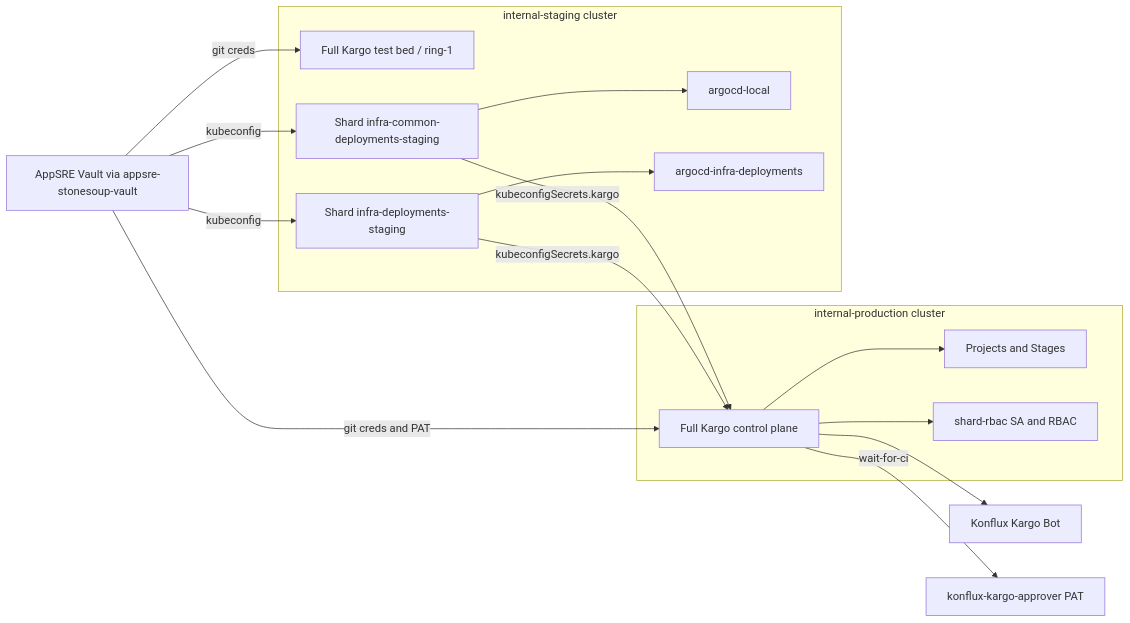
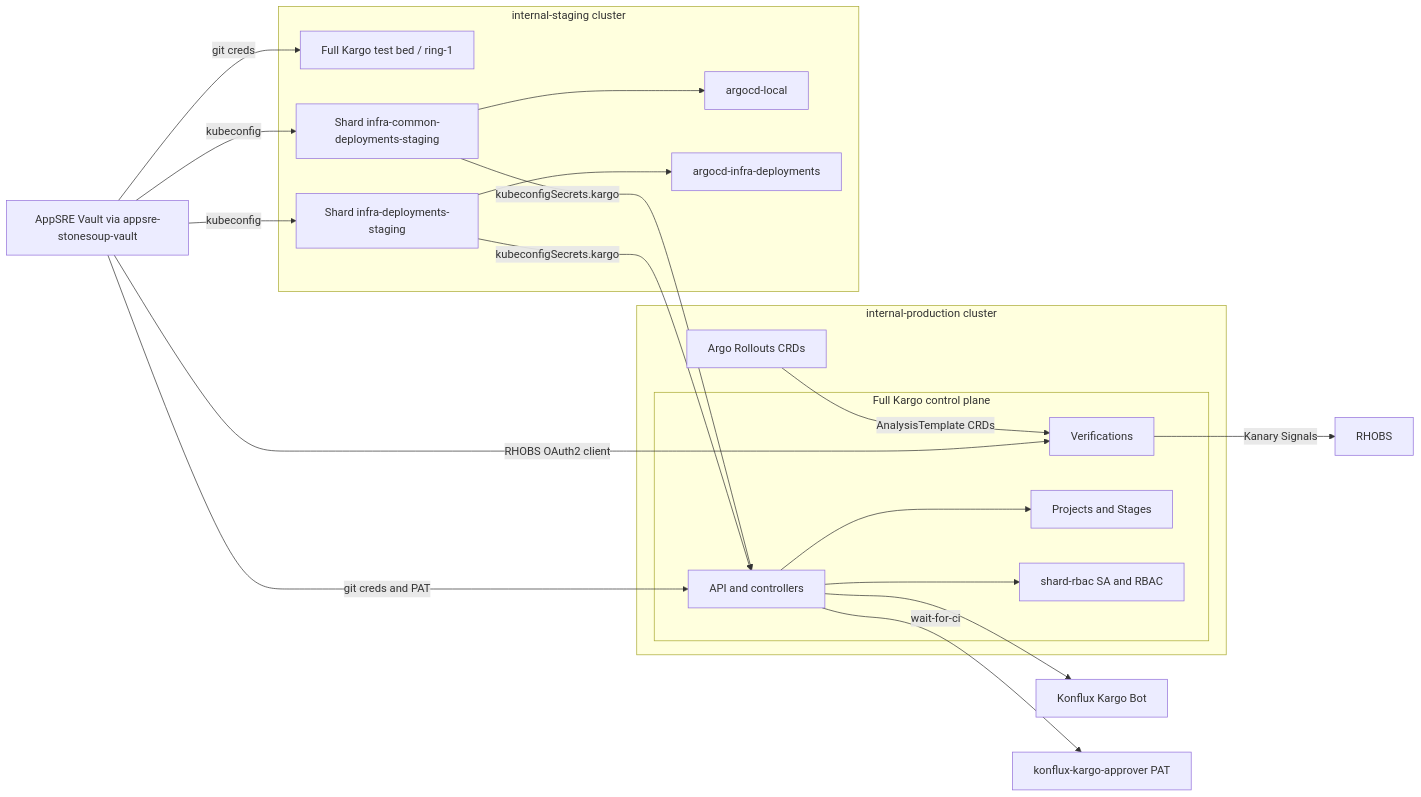
The diagram in components/kargo/README.md (redhat-appstudio/infra-common-deployments), drawn with Mermaid before and after one commit. The commit also changed other lines of this file and 6 other files, not shown here.

First line of the commit message:
feat(kargo): add production kanary AnalysisTemplate against RHOBS

````diff
--- a/components/kargo/README.md
+++ b/components/kargo/README.md
@@ -29,32 +34,40 @@
 ```mermaid
 flowchart LR
   subgraph prodCluster [internal-production cluster]
-    KargoProd[Full Kargo control plane]
-    Projects[Projects and Stages]
-    ShardRBAC[shard-rbac SA and RBAC]
-    KargoProd --> Projects
-    KargoProd --> ShardRBAC
+    subgraph kargoCP [Full Kargo control plane]
+      KargoCore[API and controllers]
+      Verifications[Verifications]
+      Projects[Projects and Stages]
+      ShardRBAC[shard-rbac SA and RBAC]
+      KargoCore --> Projects
+      KargoCore --> ShardRBAC
+    end
+    AR[Argo Rollouts CRDs]
+    AR -->|AnalysisTemplate CRDs| Verifications
   end
 
   subgraph stgCluster [internal-staging cluster]
     KargoStg[Full Kargo test bed / ring-1]
     ShardCommon[Shard infra-common-deployments-staging]
     ShardInfra[Shard infra-deployments-staging]
     ArgoLocal[argocd-local]
     ArgoInfra[argocd-infra-deployments]
     ShardCommon --> ArgoLocal
     ShardInfra --> ArgoInfra
   end
 
   Vault[AppSRE Vault via appsre-stonesoup-vault]
   GHBot[Konflux Kargo Bot]
   GHApprover[konflux-kargo-approver PAT]
-  Vault -->|git creds and PAT| KargoProd
+  RHOBS[RHOBS]
+  Vault -->|git creds and PAT| KargoCore
   Vault -->|git creds| KargoStg
   Vault -->|kubeconfig| ShardCommon
   Vault -->|kubeconfig| ShardInfra
-  ShardCommon -->|kubeconfigSecrets.kargo| KargoProd
-  ShardInfra -->|kubeconfigSecrets.kargo| KargoProd
-  KargoProd --> GHBot
-  KargoProd -->|wait-for-ci| GHApprover
+  Vault -->|RHOBS OAuth2 client| Verifications
+  ShardCommon -->|kubeconfigSecrets.kargo| KargoCore
+  ShardInfra -->|kubeconfigSecrets.kargo| KargoCore
+  KargoCore --> GHBot
+  KargoCore -->|wait-for-ci| GHApprover
+  Verifications -->|"Kanary Signals"| RHOBS
 ```
````
